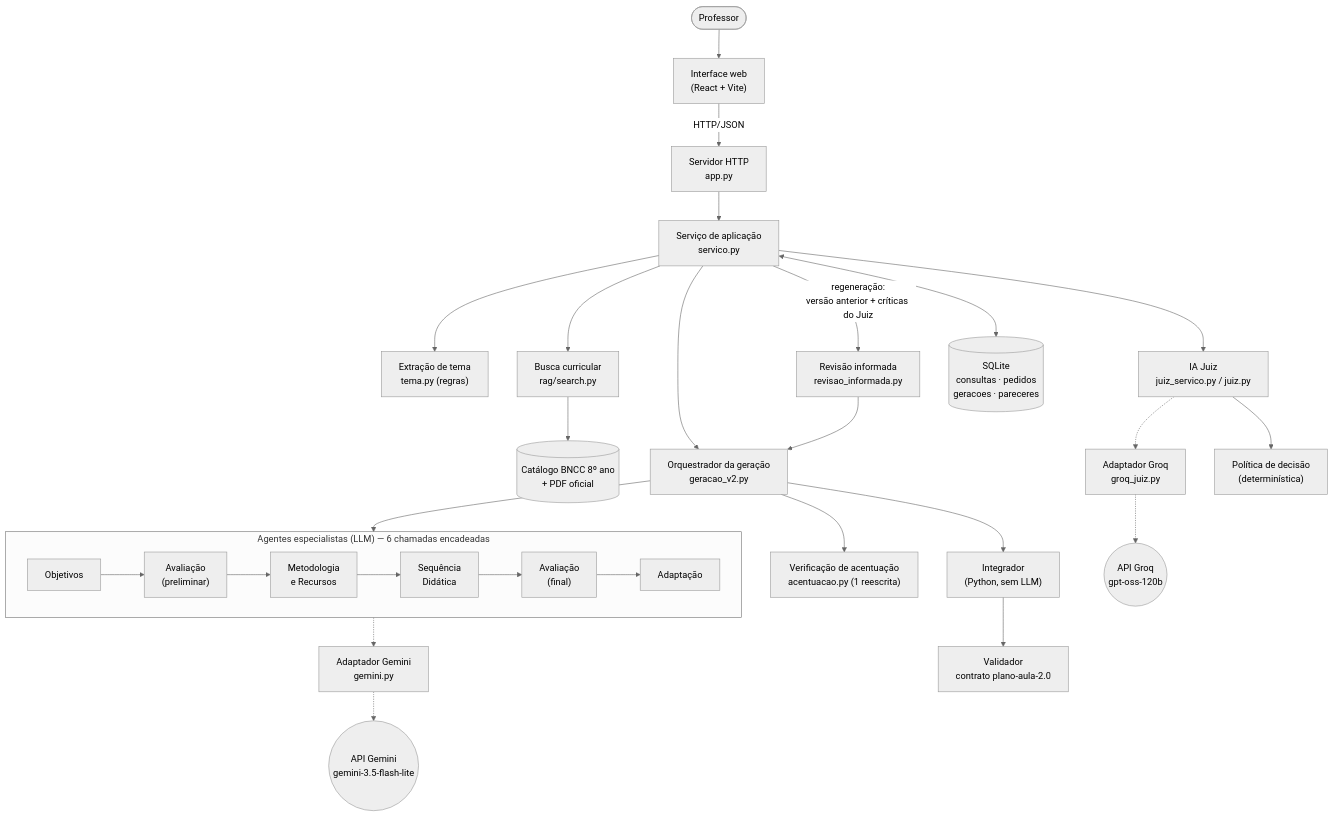
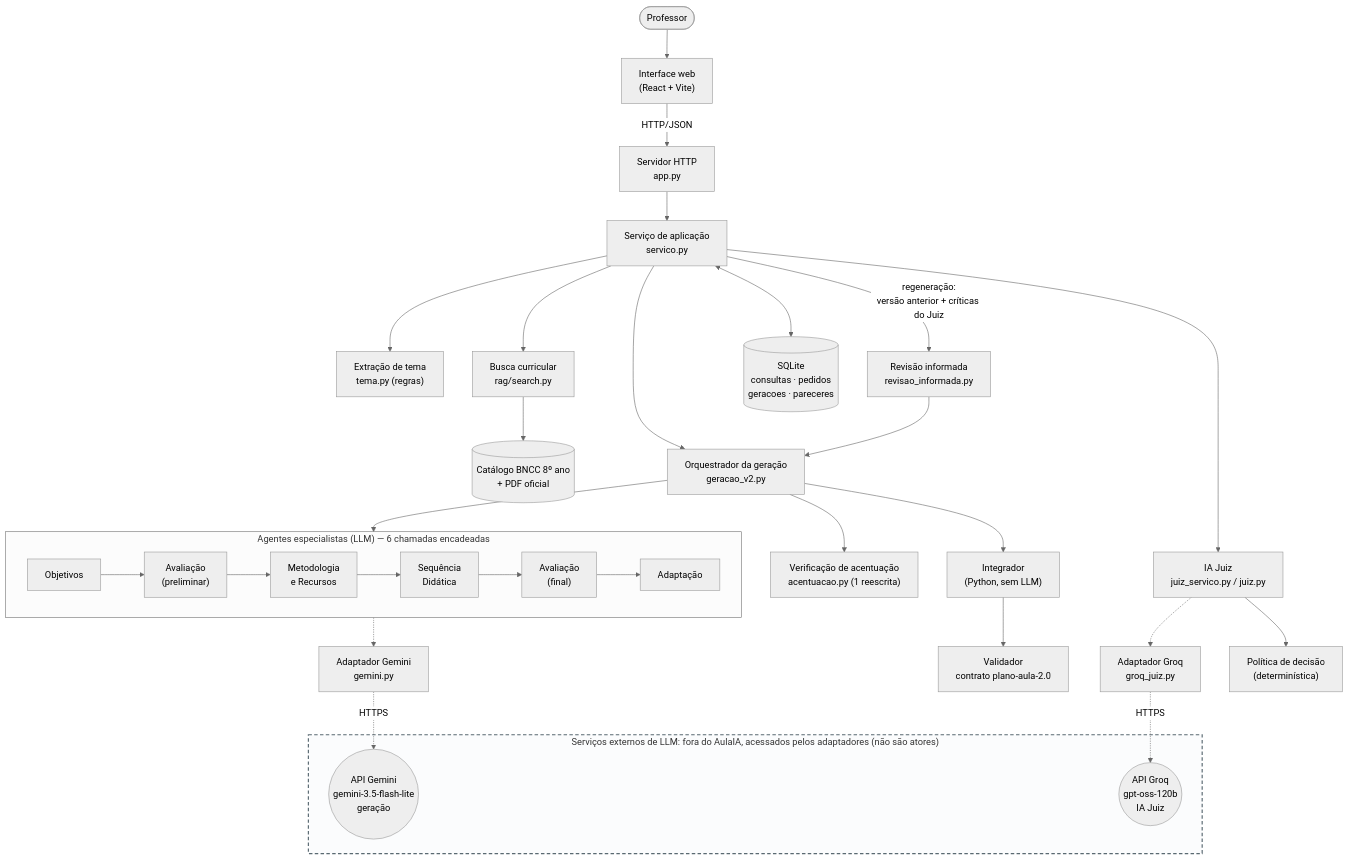
The diagram in docs/diagramas/final/componentes.mmd (Carneiro-Joao/tcc-plataforma-multiagente), drawn with Mermaid (neutral theme) before and after one commit. The commit also changed 4 other files, not shown here.

First line of the commit message:
docs(componentes): APIs de LLM como servicos externos no diagrama de componentes; justificativa na especificacao e nos diagramas

```diff
--- a/docs/diagramas/final/componentes.mmd
+++ b/docs/diagramas/final/componentes.mmd
@@ -1,25 +1,30 @@
 flowchart TB
     P(["Professor"]) --> UI["Interface web<br/>(React + Vite)"]
     UI -->|"HTTP/JSON"| API["Servidor HTTP<br/>app.py"]
     API --> SV["Serviço de aplicação<br/>servico.py"]
     SV --> TEMA["Extração de tema<br/>tema.py (regras)"]
     SV --> RAG["Busca curricular<br/>rag/search.py"]
     RAG --> CAT[("Catálogo BNCC 8º ano<br/>+ PDF oficial")]
     SV --> ORQ["Orquestrador da geração<br/>geracao_v2.py"]
     SV -->|"regeneração:<br/>versão anterior + críticas do Juiz"| REV["Revisão informada<br/>revisao_informada.py"]
     REV --> ORQ
     ORQ --> ACE["Verificação de acentuação<br/>acentuacao.py (1 reescrita)"]
     subgraph ESP["Agentes especialistas (LLM) — 6 chamadas encadeadas"]
         direction LR
         A1["Objetivos"] --> A2["Avaliação<br/>(preliminar)"] --> A3["Metodologia<br/>e Recursos"] --> A4["Sequência<br/>Didática"] --> A5["Avaliação<br/>(final)"] --> A6["Adaptação"]
     end
+    subgraph EXT["Serviços externos de LLM: fora do AulaIA, acessados pelos adaptadores (não são atores)"]
+        GAPI(("API Gemini<br/>gemini-3.5-flash-lite<br/>geração"))
+        GRAPI(("API Groq<br/>gpt-oss-120b<br/>IA Juiz"))
+    end
     ORQ --> ESP
     ESP -.-> GEM["Adaptador Gemini<br/>gemini.py"]
-    GEM -.-> GAPI(("API Gemini<br/>gemini-3.5-flash-lite"))
+    GEM -.->|"HTTPS"| GAPI
     ORQ --> INT["Integrador<br/>(Python, sem LLM)"]
     INT --> VAL["Validador<br/>contrato plano-aula-2.0"]
     SV --> JUIZ["IA Juiz<br/>juiz_servico.py / juiz.py"]
     JUIZ -.-> GROQ["Adaptador Groq<br/>groq_juiz.py"]
-    GROQ -.-> GRAPI(("API Groq<br/>gpt-oss-120b"))
+    GROQ -.->|"HTTPS"| GRAPI
     JUIZ --> POL["Política de decisão<br/>(determinística)"]
     SV <--> DB[("SQLite<br/>consultas · pedidos<br/>geracoes · pareceres")]
+    style EXT fill:#fbfcfd,stroke:#5a6a72,stroke-width:2px,stroke-dasharray:6 4
```
